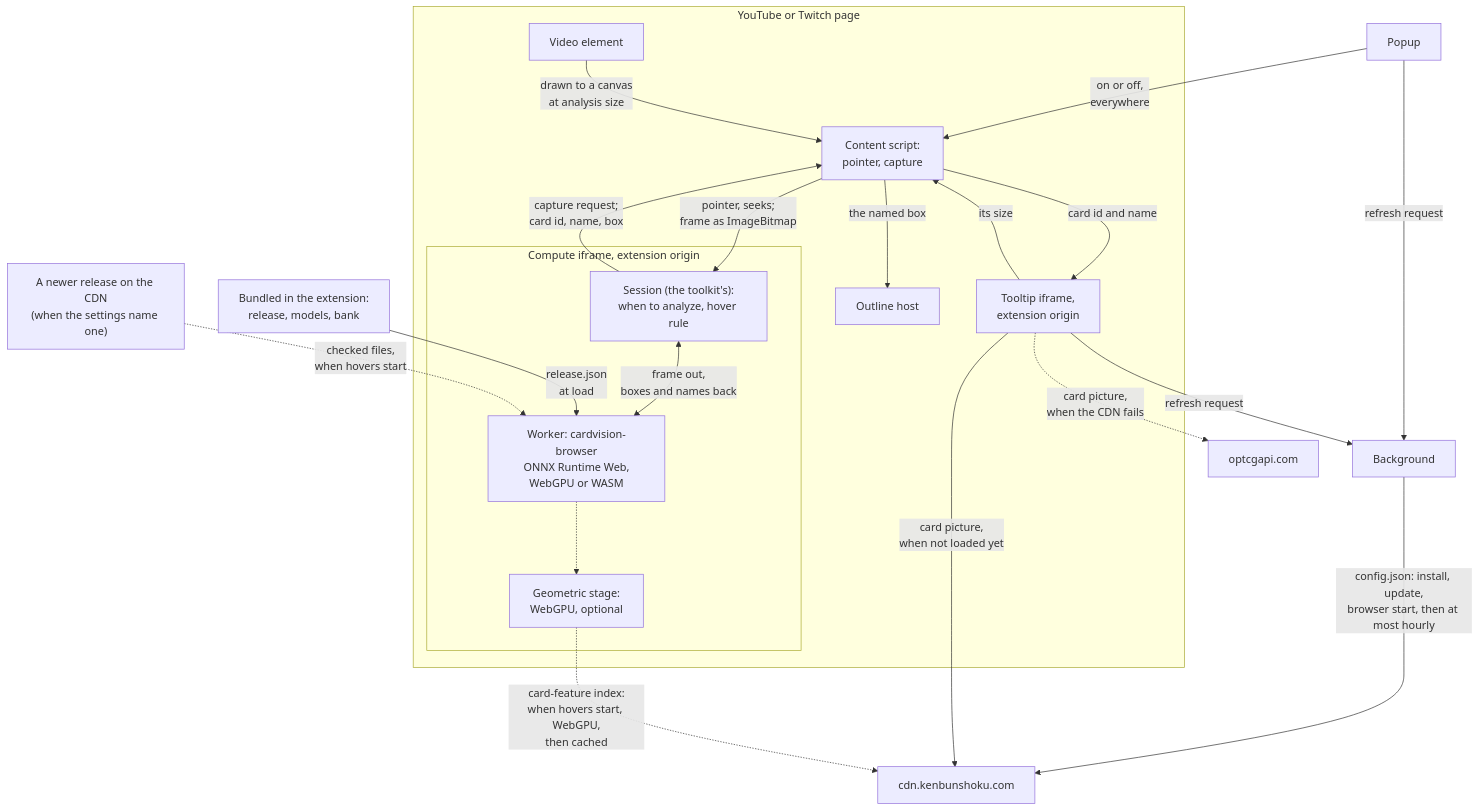
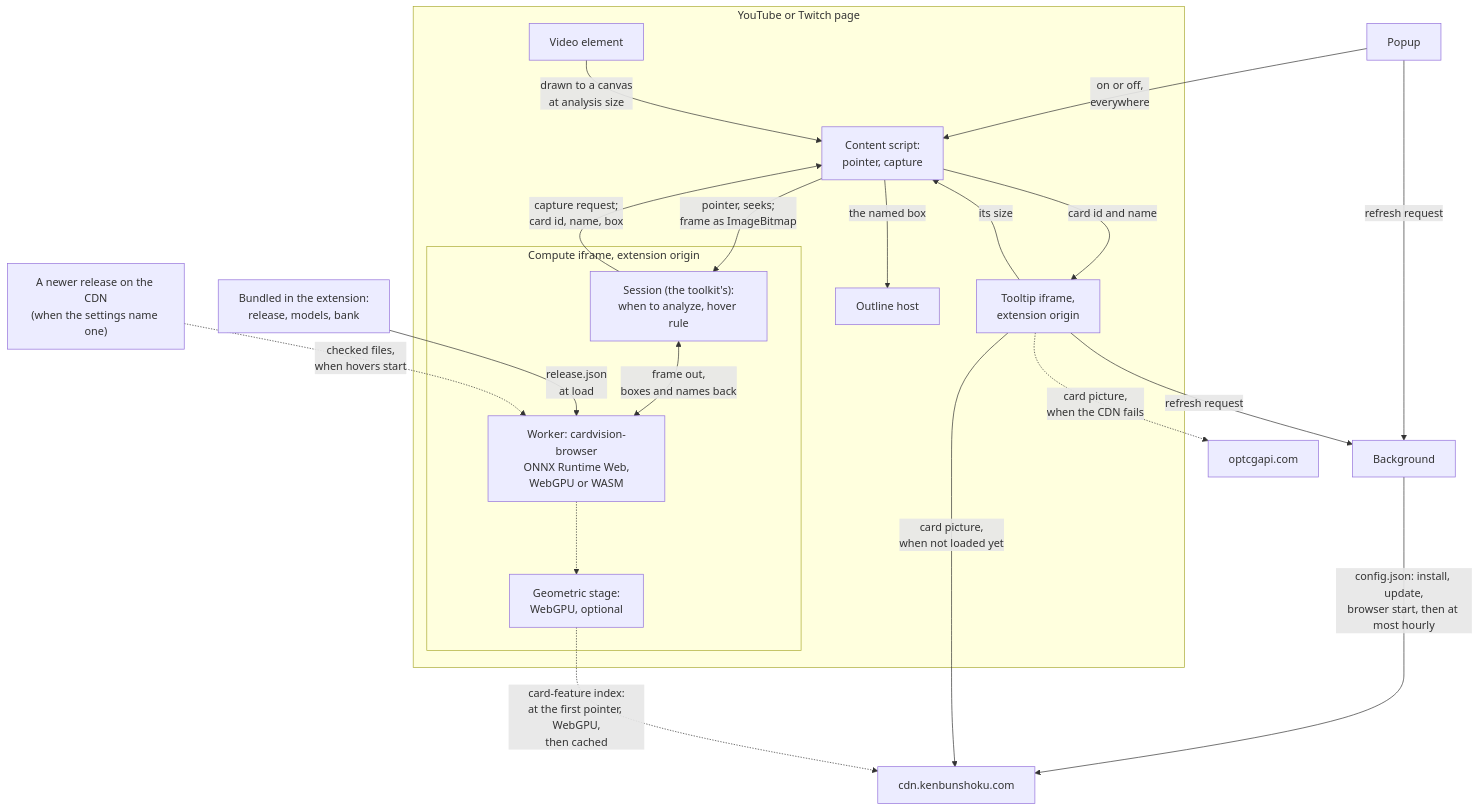
One commit to ryangswe/kenbunshoku changed the diagram in docs/how-it-works.md. Above: the diagram before and after it, drawn with Mermaid. The commit also changed other lines of this file and 31 other files, not shown here.

First line of the commit message:
Load card hovers when the video plays, on toolkit main b286569 (hover speed) (#41)

````diff
--- a/docs/how-it-works.md
+++ b/docs/how-it-works.md
@@ -41,38 +41,38 @@
 ```mermaid
 flowchart TD
     subgraph PAGE["YouTube or Twitch page"]
         VID["Video element"]
         CS["Content script:<br/>pointer, capture"]
         OUT["Outline host"]
         subgraph CF["Compute iframe, extension origin"]
             HS["Session (the toolkit's):<br/>when to analyze, hover rule"]
             W["Worker: cardvision-browser<br/>ONNX Runtime Web,<br/>WebGPU or WASM"]
             GEO["Geometric stage:<br/>WebGPU, optional"]
         end
         TT["Tooltip iframe,<br/>extension origin"]
     end
     PKG["Bundled in the extension:<br/>release, models, bank"]
     REL["A newer release on the CDN<br/>(when the settings name one)"]
     POP["Popup"]
     BG["Background"]
     CDN["cdn.kenbunshoku.com"]
     OPT["optcgapi.com"]
 
     POP -- "on or off,<br/>everywhere" --> CS
     VID -- "drawn to a canvas<br/>at analysis size" --> CS
     CS -- "pointer, seeks;<br/>frame as ImageBitmap" --> HS
     HS -- "capture request;<br/>card id, name, box" --> CS
     HS <-- "frame out,<br/>boxes and names back" --> W
     PKG -- "release.json<br/>at load" --> W
     REL -. "checked files,<br/>when hovers start" .-> W
     W -.-> GEO
     CS -- "card id and name" --> TT
     TT -- "its size" --> CS
     CS -- "the named box" --> OUT
     TT -- "refresh request" --> BG
     POP -- "refresh request" --> BG
     BG -- "config.json: install, update,<br/>browser start, then at most hourly" --> CDN
     TT -- "card picture,<br/>when not loaded yet" --> CDN
     TT -. "card picture,<br/>when the CDN fails" .-> OPT
-    GEO -. "card-feature index:<br/>when hovers start, WebGPU,<br/>then cached" .-> CDN
+    GEO -. "card-feature index:<br/>at the first pointer, WebGPU,<br/>then cached" .-> CDN
 ```
````
